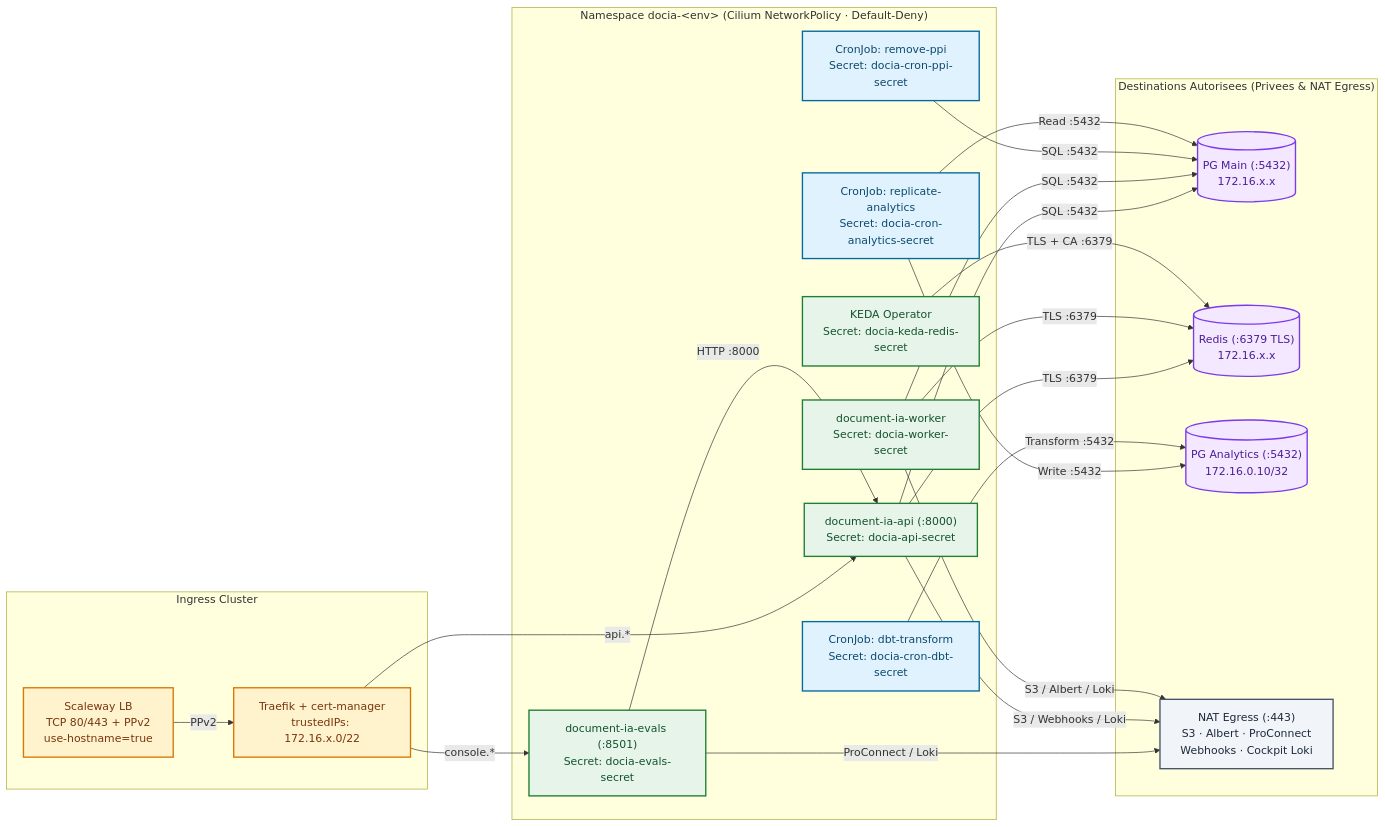
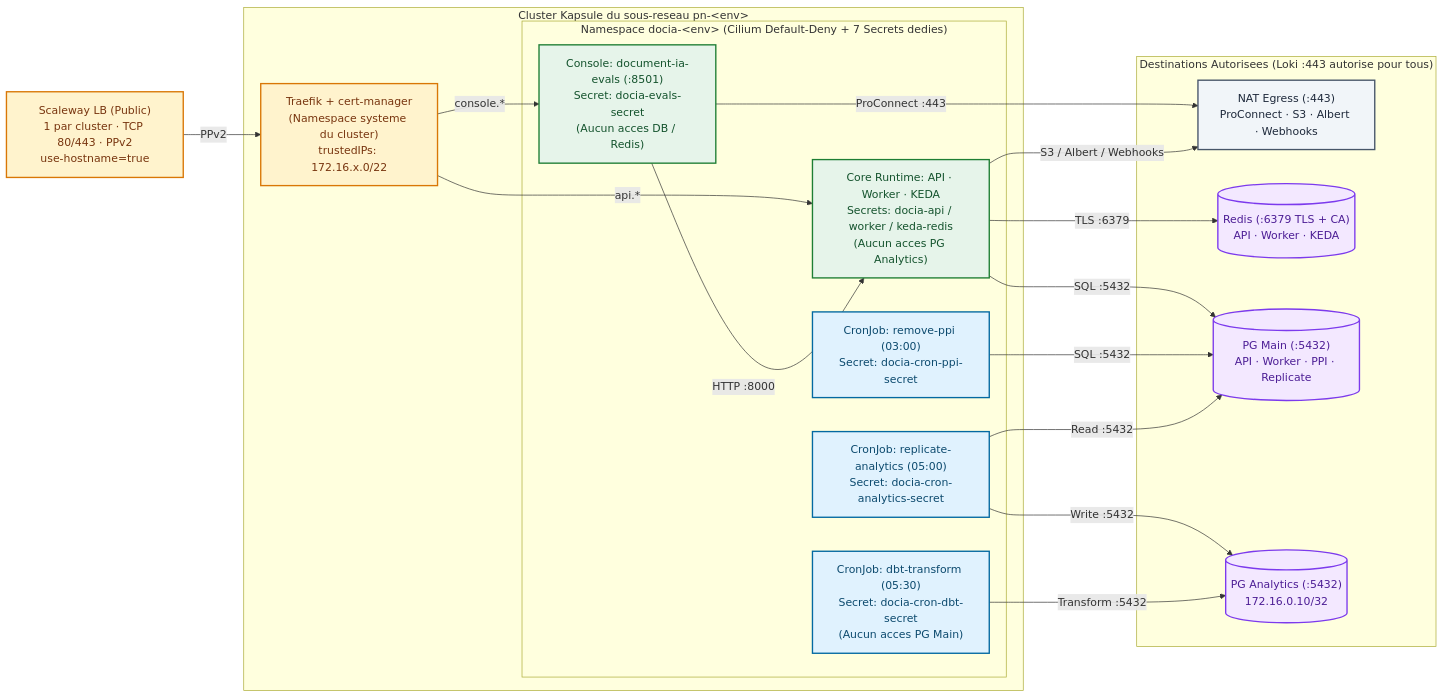
Before and after one commit to etalab-ia/document-ia-infra: the tenth of 20 diagrams in docs/ARCHITECTURE.md, drawn with Mermaid. The commit also changed other lines of this file, not shown here.

Commit message:
docs(architecture): simplify intra-cluster isolation diagram and place Traefik inside Kapsule

````diff
--- a/docs/ARCHITECTURE.md
+++ b/docs/ARCHITECTURE.md
@@ -693,54 +693,45 @@
 ```mermaid
 flowchart LR
     classDef ingress fill:#fff3cd,stroke:#d97706,stroke-width:2px,color:#78350f
     classDef app fill:#e6f4ea,stroke:#1e7e34,stroke-width:2px,color:#14532d
     classDef cron fill:#e0f2fe,stroke:#0369a1,stroke-width:2px,color:#0c4a6e
     classDef data fill:#f3e8ff,stroke:#7c3aed,stroke-width:2px,color:#4c1d95
     classDef egress fill:#f1f5f9,stroke:#475569,stroke-width:2px,color:#1e293b
 
-    subgraph ENTRY["Ingress Cluster"]
-        LB["Scaleway LB<br/>TCP 80/443 + PPv2<br/>use-hostname=true"]:::ingress
-        TRAEFIK["Traefik + cert-manager<br/>trustedIPs: 172.16.x.0/22"]:::ingress
+    LB["Scaleway LB (Public)<br/>1 par cluster · TCP 80/443 · PPv2<br/>use-hostname=true"]:::ingress
+
+    subgraph KAPSULE["Cluster Kapsule du sous-reseau pn-&lt;env&gt;"]
+        TRAEFIK["Traefik + cert-manager<br/>(Namespace systeme du cluster)<br/>trustedIPs: 172.16.x.0/22"]:::ingress
+
+        subgraph NS["Namespace docia-&lt;env&gt; (Cilium Default-Deny + 7 Secrets dedies)"]
+            EVALS["Console: document-ia-evals (:8501)<br/>Secret: docia-evals-secret<br/>(Aucun acces DB / Redis)"]:::app
+            CORE["Core Runtime: API · Worker · KEDA<br/>Secrets: docia-api / worker / keda-redis<br/>(Aucun acces PG Analytics)"]:::app
+            CRON_PPI["CronJob: remove-ppi (03:00)<br/>Secret: docia-cron-ppi-secret"]:::cron
+            CRON_REPL["CronJob: replicate-analytics (05:00)<br/>Secret: docia-cron-analytics-secret"]:::cron
+            CRON_DBT["CronJob: dbt-transform (05:30)<br/>Secret: docia-cron-dbt-secret<br/>(Aucun acces PG Main)"]:::cron
+        end
     end
 
-    subgraph NS["Namespace docia-&lt;env&gt; (Cilium NetworkPolicy · Default-Deny)"]
-        EVALS["document-ia-evals (:8501)<br/>Secret: docia-evals-secret"]:::app
-        API["document-ia-api (:8000)<br/>Secret: docia-api-secret"]:::app
-        WORKER["document-ia-worker<br/>Secret: docia-worker-secret"]:::app
-        KEDA["KEDA Operator<br/>Secret: docia-keda-redis-secret"]:::app
-        CRON_PPI["CronJob: remove-ppi<br/>Secret: docia-cron-ppi-secret"]:::cron
-        CRON_REPL["CronJob: replicate-analytics<br/>Secret: docia-cron-analytics-secret"]:::cron
-        CRON_DBT["CronJob: dbt-transform<br/>Secret: docia-cron-dbt-secret"]:::cron
+    subgraph TARGETS["Destinations Autorisees (Loki :443 autorise pour tous)"]
+        NAT_EXT["NAT Egress (:443)<br/>ProConnect · S3 · Albert · Webhooks"]:::egress
+        REDIS[("Redis (:6379 TLS + CA)<br/>API · Worker · KEDA")]:::data
+        PG_MAIN[("PG Main (:5432)<br/>API · Worker · PPI · Replicate")]:::data
+        PG_ANA[("PG Analytics (:5432)<br/>172.16.0.10/32")]:::data
     end
 
-    subgraph TARGETS["Destinations Autorisees (Privees & NAT Egress)"]
-        PG_MAIN[("PG Main (:5432)<br/>172.16.x.x")]:::data
-        REDIS[("Redis (:6379 TLS)<br/>172.16.x.x")]:::data
-        PG_ANA[("PG Analytics (:5432)<br/>172.16.0.10/32")]:::data
-        EGRESS_APP["NAT Egress (:443)<br/>S3 · Albert · ProConnect<br/>Webhooks · Cockpit Loki"]:::egress
-    end
-
-    %% Ingress routing
     LB -->|"PPv2"| TRAEFIK
     TRAEFIK -->|"console.*"| EVALS
-    TRAEFIK -->|"api.*"| API
+    TRAEFIK -->|"api.*"| CORE
 
-    %% Allowed East-West pod flows
-    EVALS -->|"HTTP :8000"| API
-    EVALS -->|"ProConnect / Loki"| EGRESS_APP
+    EVALS -->|"HTTP :8000"| CORE
+    EVALS -->|"ProConnect :443"| NAT_EXT
 
-    API -->|"SQL :5432"| PG_MAIN
-    API -->|"TLS :6379"| REDIS
-    API -->|"S3 / Webhooks / Loki"| EGRESS_APP
-
-    WORKER -->|"SQL :5432"| PG_MAIN
-    WORKER -->|"TLS :6379"| REDIS
-    WORKER -->|"S3 / Albert / Loki"| EGRESS_APP
-
-    KEDA -->|"TLS + CA :6379"| REDIS
+    CORE -->|"S3 / Albert / Webhooks"| NAT_EXT
+    CORE -->|"TLS :6379"| REDIS
+    CORE -->|"SQL :5432"| PG_MAIN
 
     CRON_PPI -->|"SQL :5432"| PG_MAIN
     CRON_REPL -->|"Read :5432"| PG_MAIN
     CRON_REPL -->|"Write :5432"| PG_ANA
     CRON_DBT -->|"Transform :5432"| PG_ANA
 ```
````
